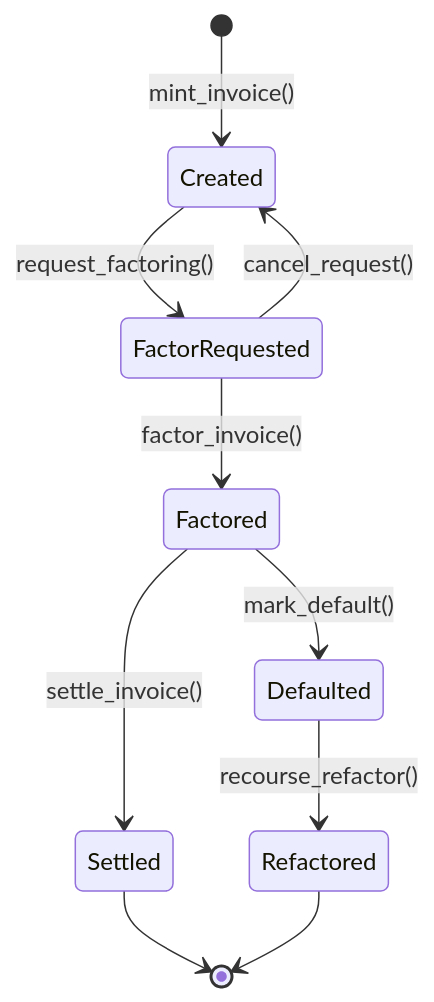
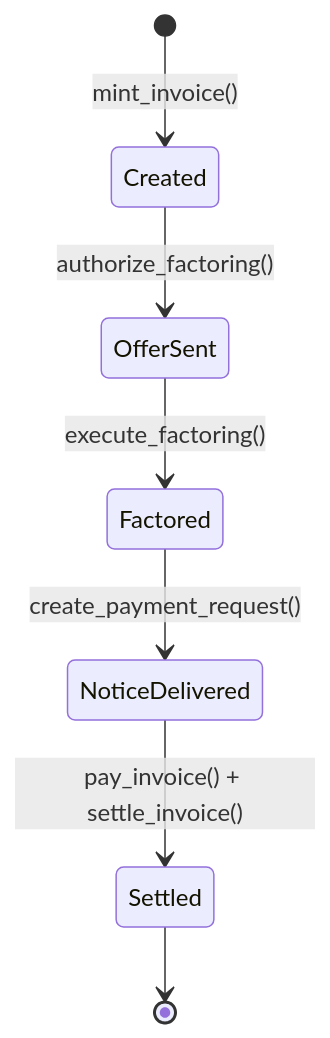
One commit to imajus/zk-factor changed the second of 4 diagrams in docs/SPEC.md. Above: the diagram before and after it, drawn with Mermaid. The commit also changed other lines of this file and 14 other files, not shown here.

````diff
--- a/docs/SPEC.md
+++ b/docs/SPEC.md
@@ -160,12 +180,9 @@
 ```mermaid
 stateDiagram-v2
     [*] --> Created: mint_invoice()
-    Created --> FactorRequested: request_factoring()
-    FactorRequested --> Factored: factor_invoice()
-    FactorRequested --> Created: cancel_request()
-    Factored --> Settled: settle_invoice()
-    Factored --> Defaulted: mark_default()
-    Defaulted --> Refactored: recourse_refactor()
+    Created --> OfferSent: authorize_factoring()
+    OfferSent --> Factored: execute_factoring()
+    Factored --> NoticeDelivered: create_payment_request()
+    NoticeDelivered --> Settled: pay_invoice() + settle_invoice()
     Settled --> [*]
-    Refactored --> [*]
 ```
````
